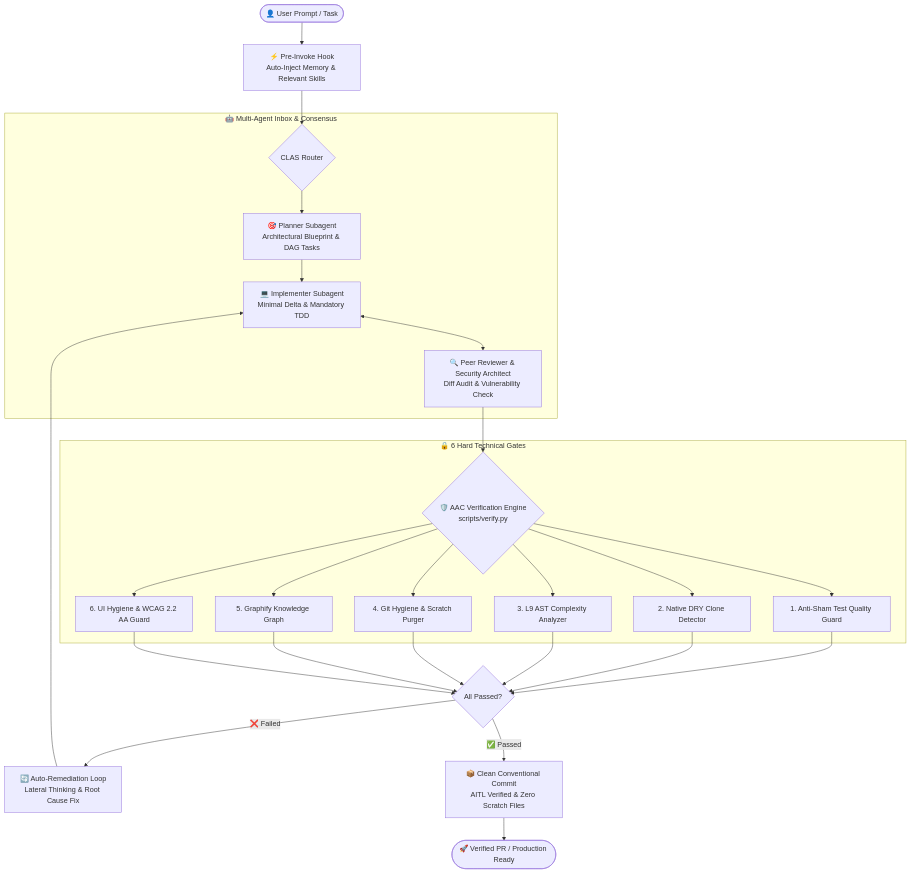
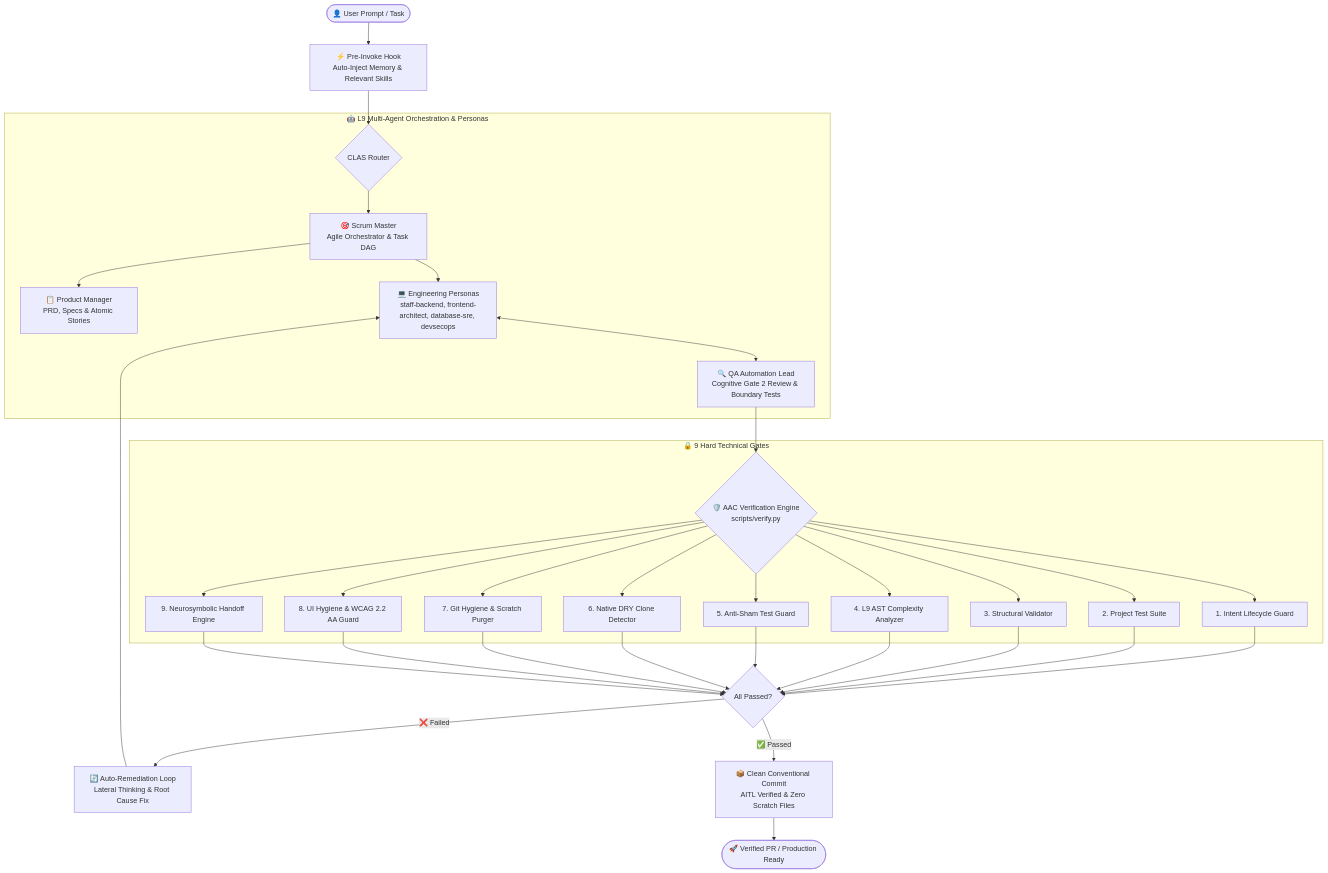
One commit to rafaelghif/antigravity-agents changed the diagram in README.md. Above: the diagram before and after it, drawn with Mermaid. The commit also changed other lines of this file and 84 other files, not shown here.

````diff
--- a/README.md
+++ b/README.md
@@ -26,28 +26,32 @@
 ```mermaid
 flowchart TD
     User([👤 User Prompt / Task]) --> PreHook[⚡ Pre-Invoke Hook<br/>Auto-Inject Memory & Relevant Skills]
     PreHook --> Router{CLAS Router}
     
-    subgraph MultiAgent [🤖 Multi-Agent Inbox & Consensus]
-        Router --> Planner[🎯 Planner Subagent<br/>Architectural Blueprint & DAG Tasks]
-        Planner --> Implementer[💻 Implementer Subagent<br/>Minimal Delta & Mandatory TDD]
-        Implementer <--> Reviewer[🔍 Peer Reviewer & Security Architect<br/>Diff Audit & Vulnerability Check]
+    subgraph MultiAgent [🤖 L9 Multi-Agent Orchestration & Personas]
+        Router --> ScrumMaster[🎯 Scrum Master<br/>Agile Orchestrator & Task DAG]
+        ScrumMaster --> ProductManager[📋 Product Manager<br/>PRD, Specs & Atomic Stories]
+        ScrumMaster --> DevTeam[💻 Engineering Personas<br/>staff-backend, frontend-architect, database-sre, devsecops]
+        DevTeam <--> QALead[🔍 QA Automation Lead<br/>Cognitive Gate 2 Review & Boundary Tests]
     end
 
-    Reviewer --> VerifyEngine{🛡️ AAC Verification Engine<br/>scripts/verify.py}
+    QALead --> VerifyEngine{🛡️ AAC Verification Engine<br/>scripts/verify.py}
 
-    subgraph Gates [🔒 6 Hard Technical Gates]
-        VerifyEngine --> G1[1. Anti-Sham Test Quality Guard]
-        VerifyEngine --> G2[2. Native DRY Clone Detector]
-        VerifyEngine --> G3[3. L9 AST Complexity Analyzer]
-        VerifyEngine --> G4[4. Git Hygiene & Scratch Purger]
-        VerifyEngine --> G5[5. Graphify Knowledge Graph]
-        VerifyEngine --> G6[6. UI Hygiene & WCAG 2.2 AA Guard]
+    subgraph Gates [🔒 9 Hard Technical Gates]
+        VerifyEngine --> G1[1. Intent Lifecycle Guard]
+        VerifyEngine --> G2[2. Project Test Suite]
+        VerifyEngine --> G3[3. Structural Validator]
+        VerifyEngine --> G4[4. L9 AST Complexity Analyzer]
+        VerifyEngine --> G5[5. Anti-Sham Test Guard]
+        VerifyEngine --> G6[6. Native DRY Clone Detector]
+        VerifyEngine --> G7[7. Git Hygiene & Scratch Purger]
+        VerifyEngine --> G8[8. UI Hygiene & WCAG 2.2 AA Guard]
+        VerifyEngine --> G9[9. Neurosymbolic Handoff Engine]
     end
 
-    G1 & G2 & G3 & G4 & G5 & G6 --> GateCheck{All Passed?}
+    G1 & G2 & G3 & G4 & G5 & G6 & G7 & G8 & G9 --> GateCheck{All Passed?}
     GateCheck -- ❌ Failed --> AutoFix[🔄 Auto-Remediation Loop<br/>Lateral Thinking & Root Cause Fix]
-    AutoFix --> Implementer
+    AutoFix --> DevTeam
     GateCheck -- ✅ Passed --> GitCommit[📦 Clean Conventional Commit<br/>AITL Verified & Zero Scratch Files]
     GitCommit --> Done([🚀 Verified PR / Production Ready])
 ```
````
